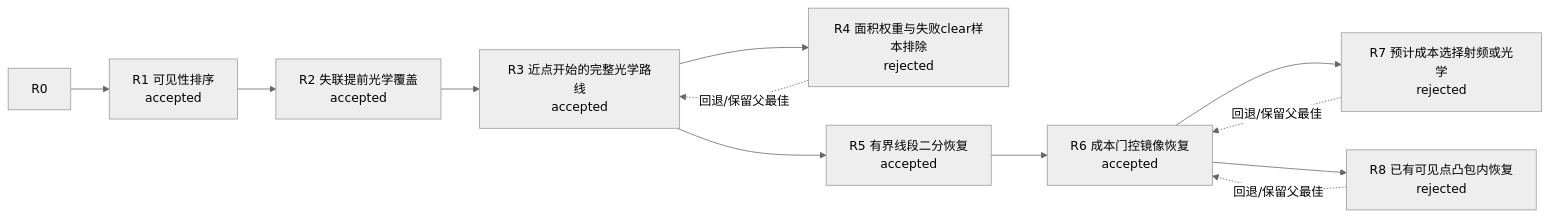
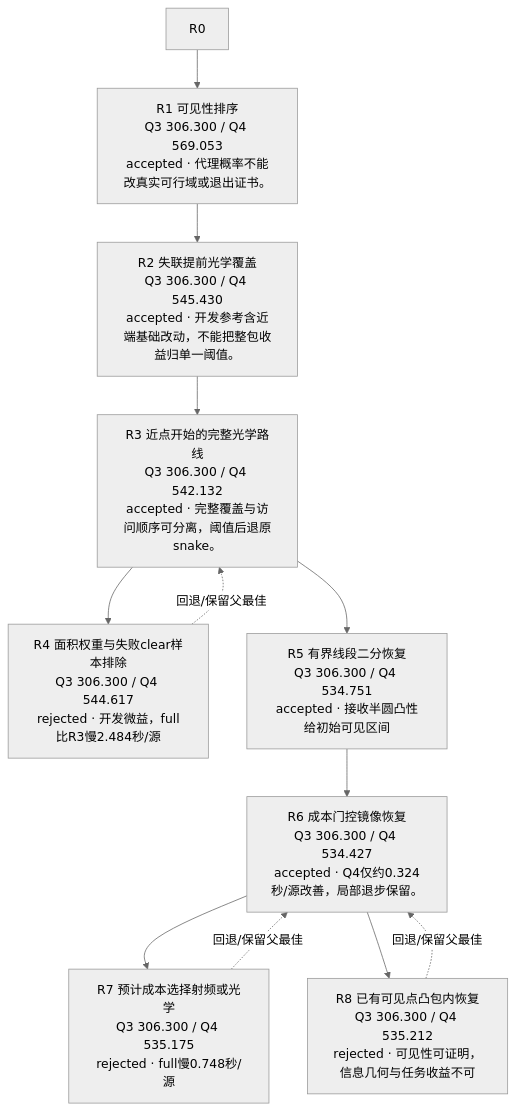
Before and after one commit to xiangguaguadadi-dot/cumcm2026-b: the fifth of 10 diagrams in experiments/R1_atlas/DIRECTION_MAP.md, drawn with Mermaid (neutral theme). The commit also changed other lines of this file and 81 other files, not shown here.

````diff
--- a/experiments/R1_atlas/DIRECTION_MAP.md
+++ b/experiments/R1_atlas/DIRECTION_MAP.md
@@ -144,22 +145,22 @@
 ```mermaid
-flowchart LR
-  A4_directional_R1["R1 可见性排序<br/>accepted"]
+flowchart TB
+  A4_directional_R1["R1 可见性排序<br/>Q3 306.300 / Q4 569.053<br/>accepted · 代理概率不能改真实可行域或退出证书。"]
   R0 --> A4_directional_R1
-  A4_directional_R2["R2 失联提前光学覆盖<br/>accepted"]
+  A4_directional_R2["R2 失联提前光学覆盖<br/>Q3 306.300 / Q4 545.430<br/>accepted · 开发参考含近端基础改动，不能把整包收益归单一阈值。"]
   A4_directional_R1 --> A4_directional_R2
-  A4_directional_R3["R3 近点开始的完整光学路线<br/>accepted"]
+  A4_directional_R3["R3 近点开始的完整光学路线<br/>Q3 306.300 / Q4 542.132<br/>accepted · 完整覆盖与访问顺序可分离，阈值后退原snake。"]
   A4_directional_R2 --> A4_directional_R3
-  A4_directional_R4["R4 面积权重与失败clear样本排除<br/>rejected"]
+  A4_directional_R4["R4 面积权重与失败clear样本排除<br/>Q3 306.300 / Q4 544.617<br/>rejected · 开发微益，full比R3慢2.484秒/源"]
   A4_directional_R3 --> A4_directional_R4
   A4_directional_R4 -. "回退/保留父最佳" .-> A4_directional_R3
-  A4_directional_R5["R5 有界线段二分恢复<br/>accepted"]
+  A4_directional_R5["R5 有界线段二分恢复<br/>Q3 306.300 / Q4 534.751<br/>accepted · 接收半圆凸性给初始可见区间"]
   A4_directional_R3 --> A4_directional_R5
-  A4_directional_R6["R6 成本门控镜像恢复<br/>accepted"]
+  A4_directional_R6["R6 成本门控镜像恢复<br/>Q3 306.300 / Q4 534.427<br/>accepted · Q4仅约0.324秒/源改善，局部退步保留。"]
   A4_directional_R5 --> A4_directional_R6
-  A4_directional_R7["R7 预计成本选择射频或光学<br/>rejected"]
+  A4_directional_R7["R7 预计成本选择射频或光学<br/>Q3 306.300 / Q4 535.175<br/>rejected · full慢0.748秒/源"]
   A4_directional_R6 --> A4_directional_R7
   A4_directional_R7 -. "回退/保留父最佳" .-> A4_directional_R6
-  A4_directional_R8["R8 已有可见点凸包内恢复<br/>rejected"]
+  A4_directional_R8["R8 已有可见点凸包内恢复<br/>Q3 306.300 / Q4 535.212<br/>rejected · 可见性可证明，信息几何与任务收益不可"]
   A4_directional_R6 --> A4_directional_R8
   A4_directional_R8 -. "回退/保留父最佳" .-> A4_directional_R6
 ```
````
